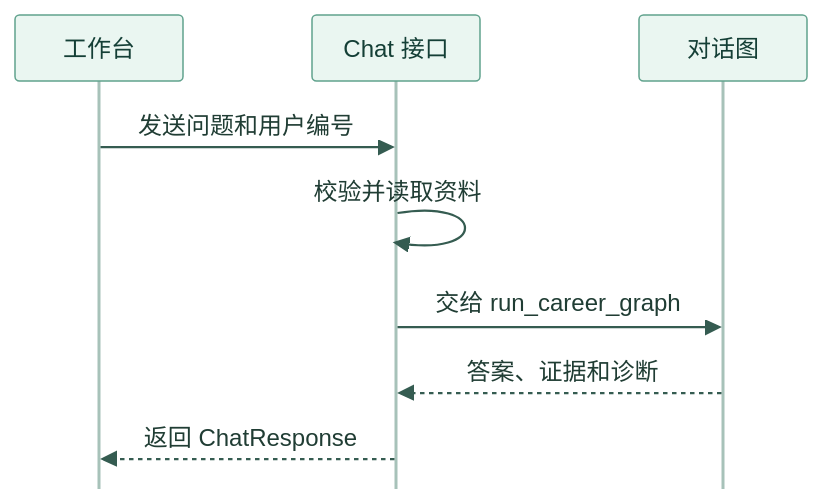
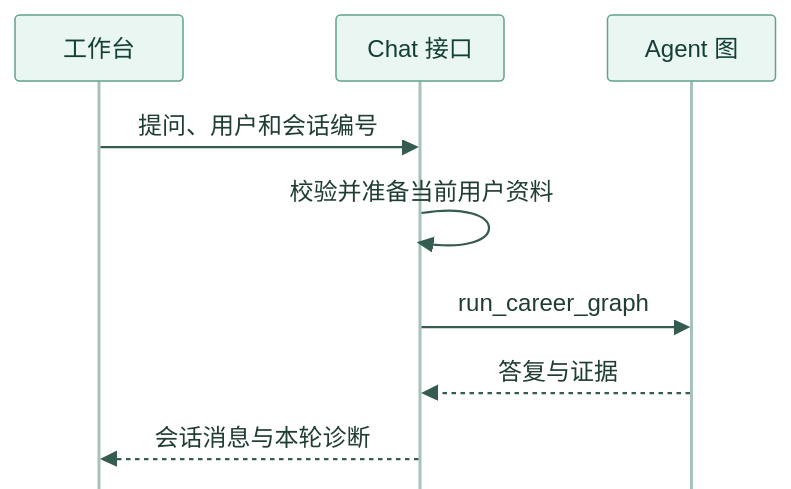
The diagram in tutorials/01-agent-design/01-A-Agent工作流.md (wenmo-yu/careerlens), drawn with Mermaid before and after one commit. The commit also changed other lines of this file and 15 other files, not shown here.

````diff
--- a/tutorials/01-agent-design/01-A-Agent工作流.md
+++ b/tutorials/01-agent-design/01-A-Agent工作流.md
@@ -35,13 +15,13 @@
 ```mermaid
 %%{init: {"theme":"base","themeVariables":{"fontFamily":"system-ui, sans-serif","actorBkg":"#eaf6f1","actorBorder":"#60a28d","actorTextColor":"#143f36","actorLineColor":"#a7c2b9","signalColor":"#355c51","signalTextColor":"#203d34","noteBkgColor":"#fff4d9","noteBorderColor":"#ba893b","noteTextColor":"#644117"},"sequence":{"width":112,"height":44,"actorMargin":34,"messageMargin":23,"mirrorActors":false}}}%%
 sequenceDiagram
-    accTitle: 从工作台问题找到后端入口
+    accTitle: 从工作台问句进入 CareerLens 对话图
     participant UI as 工作台
-    participant API as Chat 接口
-    participant G as 对话图
-    UI->>API: 发送问题和用户编号
-    API->>API: 校验并读取资料
-    API->>G: 交给 run_career_graph
-    G-->>API: 答案、证据和诊断
-    API-->>UI: 返回 ChatResponse
+    participant HTTP as Chat 接口
+    participant G as Agent 图
+    UI->>HTTP: 提问、用户和会话编号
+    HTTP->>HTTP: 校验并准备当前用户资料
+    HTTP->>G: run_career_graph
+    G-->>HTTP: 答复与证据
+    HTTP-->>UI: 会话消息与本轮诊断
 ```
````
